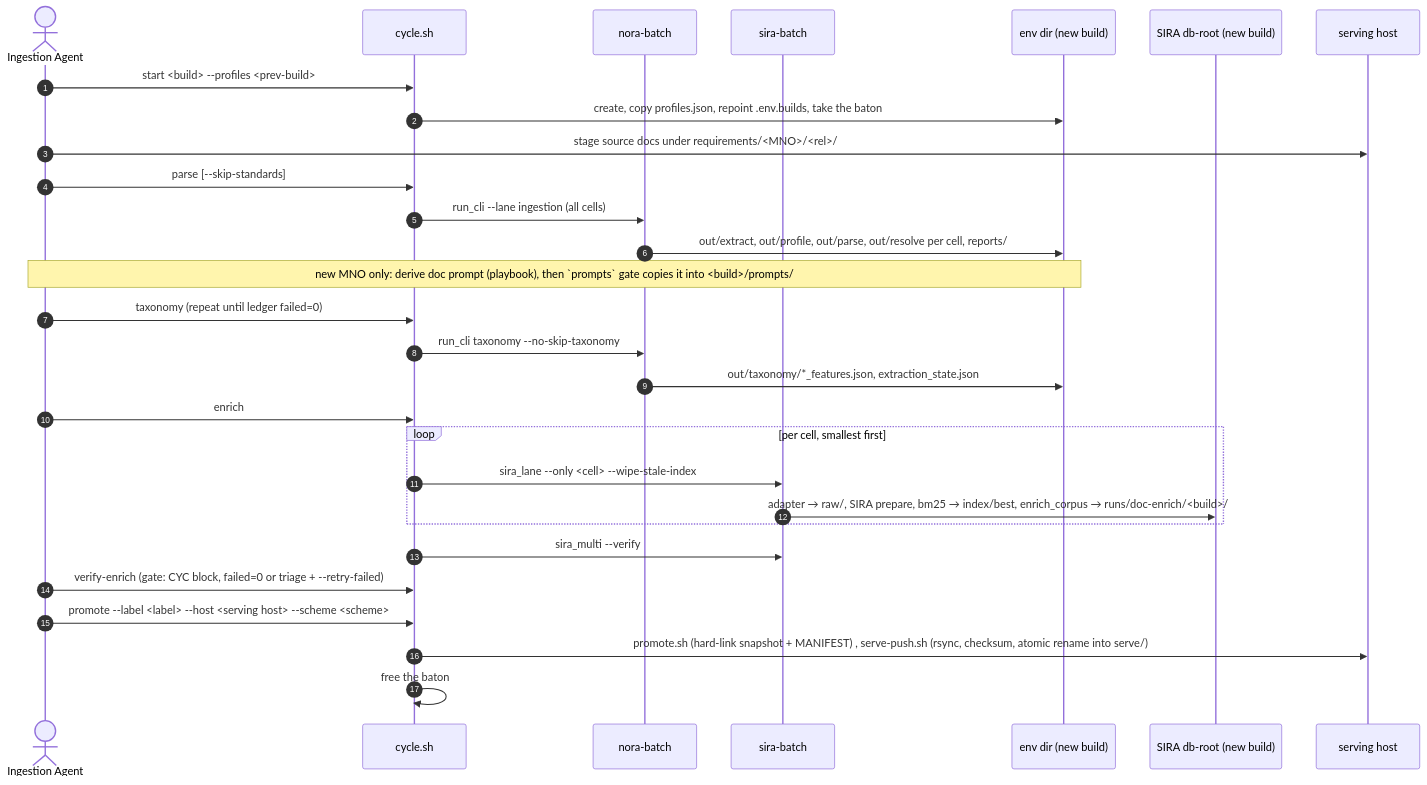
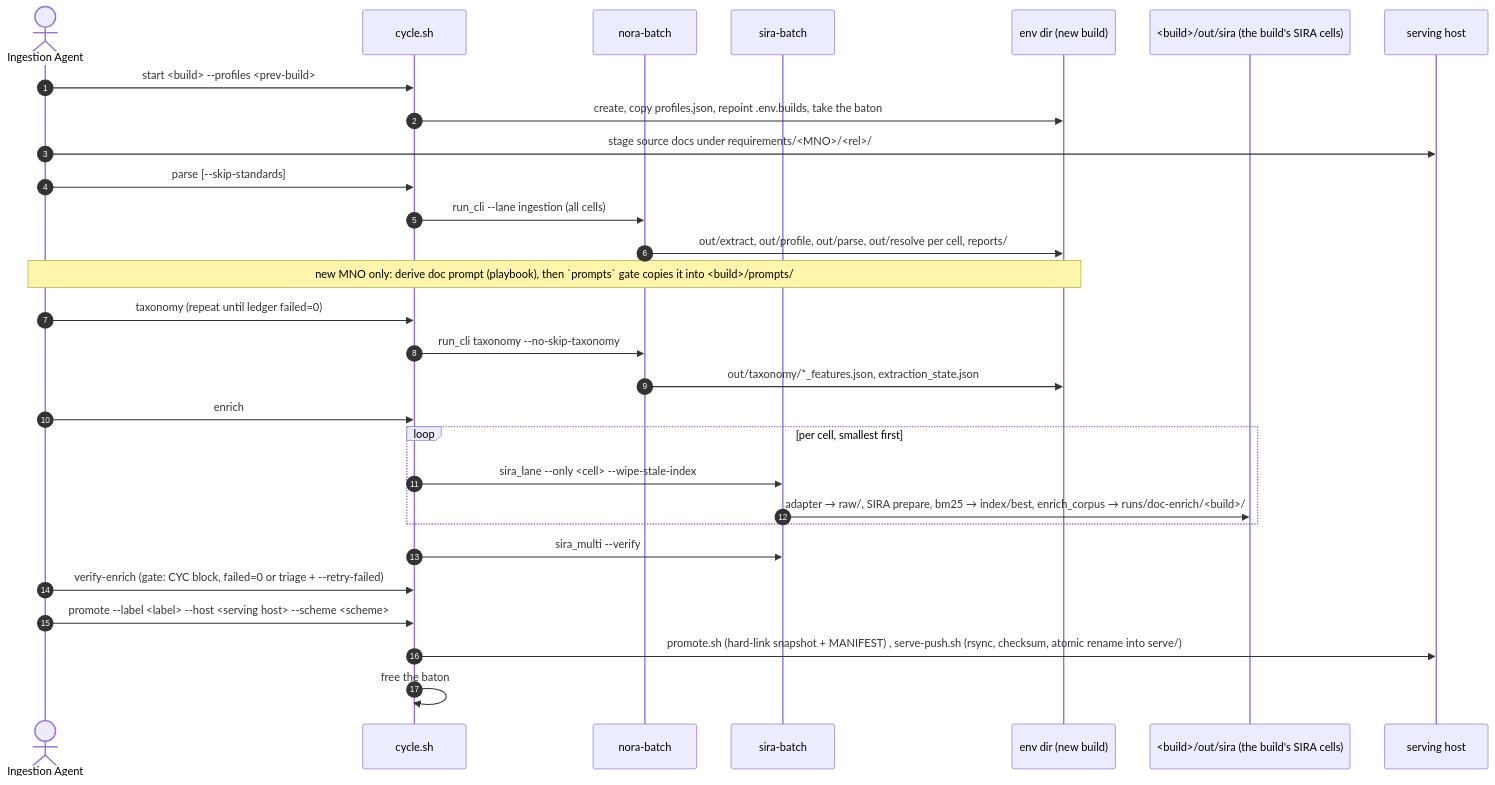
Diagram 12 of 19 in docs/architecture.md (kurnoolion/nora), drawn with Mermaid before and after one commit. The commit also changed other lines of this file and 25 other files, not shown here.

````diff
--- a/docs/architecture.md
+++ b/docs/architecture.md
@@ -1409,32 +1411,32 @@
 ```mermaid
 sequenceDiagram
   autonumber
   actor IA as Ingestion Agent
   participant CY as cycle.sh
   participant NB as nora-batch
   participant SB as sira-batch
   participant ENV as env dir (new build)
-  participant DB as SIRA db-root (new build)
+  participant DB as <build>/out/sira (the build's SIRA cells)
   participant SH as serving host
 
   IA->>CY: start <build> --profiles <prev-build>
   CY->>ENV: create, copy profiles.json, repoint .env.builds, take the baton
   IA->>SH: stage source docs under requirements/<MNO>/<rel>/
   IA->>CY: parse [--skip-standards]
   CY->>NB: run_cli --lane ingestion (all cells)
   NB->>ENV: out/extract, out/profile, out/parse, out/resolve per cell, reports/
   Note over IA,ENV: new MNO only: derive doc prompt (playbook), then `prompts` gate copies it into <build>/prompts/
   IA->>CY: taxonomy (repeat until ledger failed=0)
   CY->>NB: run_cli taxonomy --no-skip-taxonomy
   NB->>ENV: out/taxonomy/*_features.json, extraction_state.json
   IA->>CY: enrich
   loop per cell, smallest first
     CY->>SB: sira_lane --only <cell> --wipe-stale-index
     SB->>DB: adapter → raw/, SIRA prepare, bm25 → index/best, enrich_corpus → runs/doc-enrich/<build>/
   end
   CY->>SB: sira_multi --verify
   IA->>CY: verify-enrich (gate: CYC block, failed=0 or triage + --retry-failed)
   IA->>CY: promote --label <label> --host <serving host> --scheme <scheme>
   CY->>SH: promote.sh (hard-link snapshot + MANIFEST) , serve-push.sh (rsync, checksum, atomic rename into serve/)
   CY->>CY: free the baton
 ```
````
